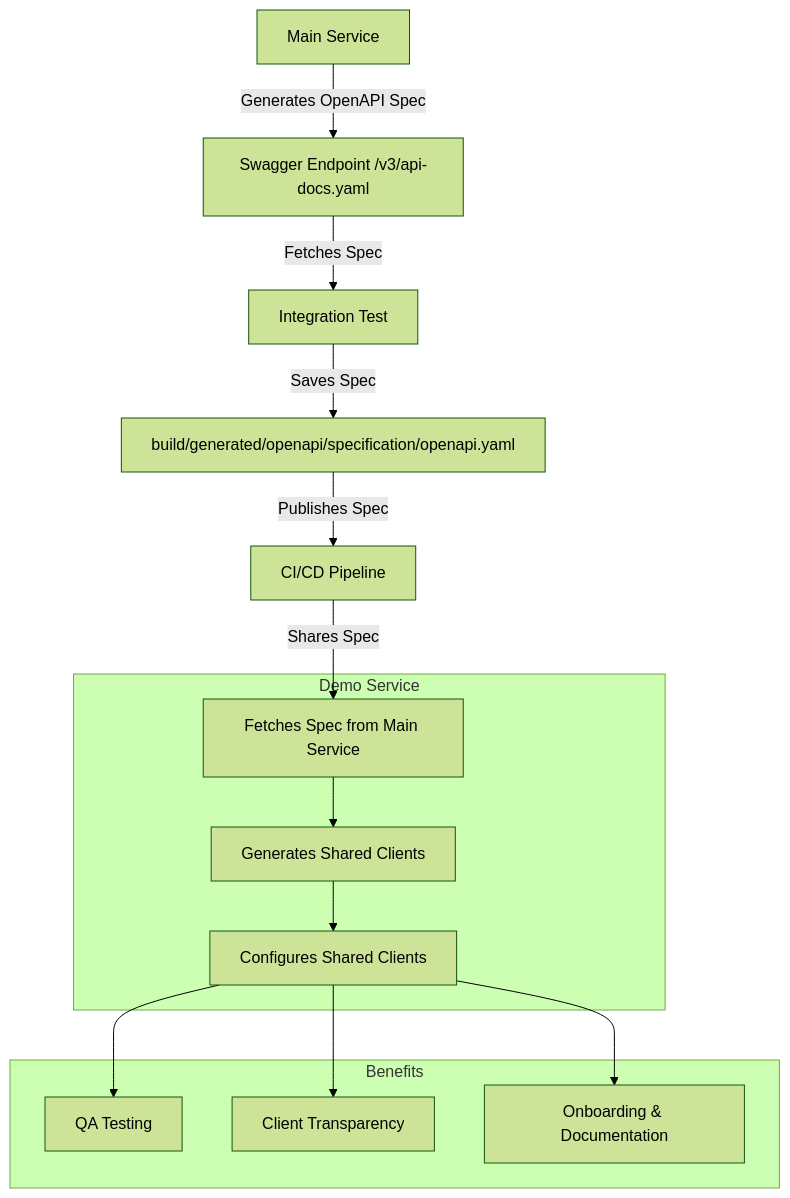
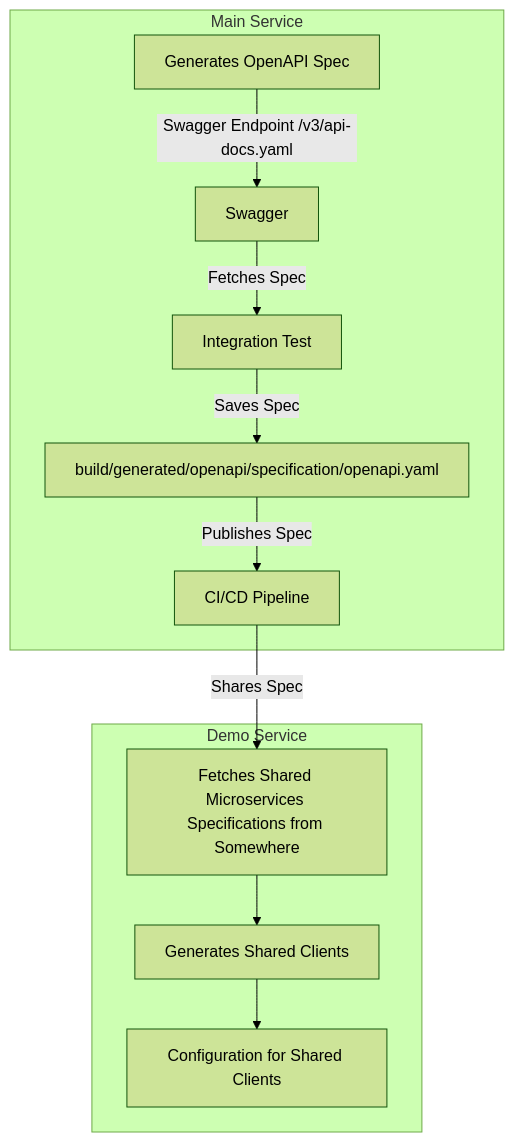
Before and after one commit to petruburlacu/microservices-templates: the diagram in java-microservice-main/help/openapi.md, drawn with Mermaid (forest theme). The commit also changed other lines of this file, not shown here.

Commit message:
chore: fix graph

````diff
--- a/java-microservice-main/help/openapi.md
+++ b/java-microservice-main/help/openapi.md
@@ -20,27 +20,19 @@
 ```mermaid
-graph TD
-    A[Main Service] -->|Generates OpenAPI Spec| B[Swagger Endpoint /v3/api-docs.yaml]
-    B -->|Fetches Spec| C[Integration Test]
-    C -->|Saves Spec| D[build/generated/openapi/specification/openapi.yaml]
-    D -->|Publishes Spec| E[CI/CD Pipeline]
-
-    subgraph Demo Service
-        F[Fetches Spec from Main Service]
-        G[Generates Shared Clients]
-        H[Configures Shared Clients]
-    end
-
-    E -->|Shares Spec| F
-    F --> G
+graph TD  
+     subgraph Main Service
+           A[Generates OpenAPI Spec] --> | Swagger Endpoint /v3/api-docs.yaml | B[Swagger]
+           B -->|Fetches Spec| C[Integration Test]  
+           C -->|Saves Spec| D[build/generated/openapi/specification/openapi.yaml]  
+           D -->|Publishes Spec| E[CI/CD Pipeline]
+     end
+  
+    subgraph Demo Service  
+        F[Fetches Shared Microservices Specifications from Somewhere]  
+        G[Generates Shared Clients]  
+        H[Configuration for Shared Clients]  
+    end  
+  
+    E -->|Shares Spec| F  
+    F --> G  
     G --> H
-
-    subgraph Benefits
-        I[QA Testing]
-        J[Client Transparency]
-        K[Onboarding & Documentation]
-    end
-
-    H --> I
-    H --> J
-    H --> K
 ```
````
